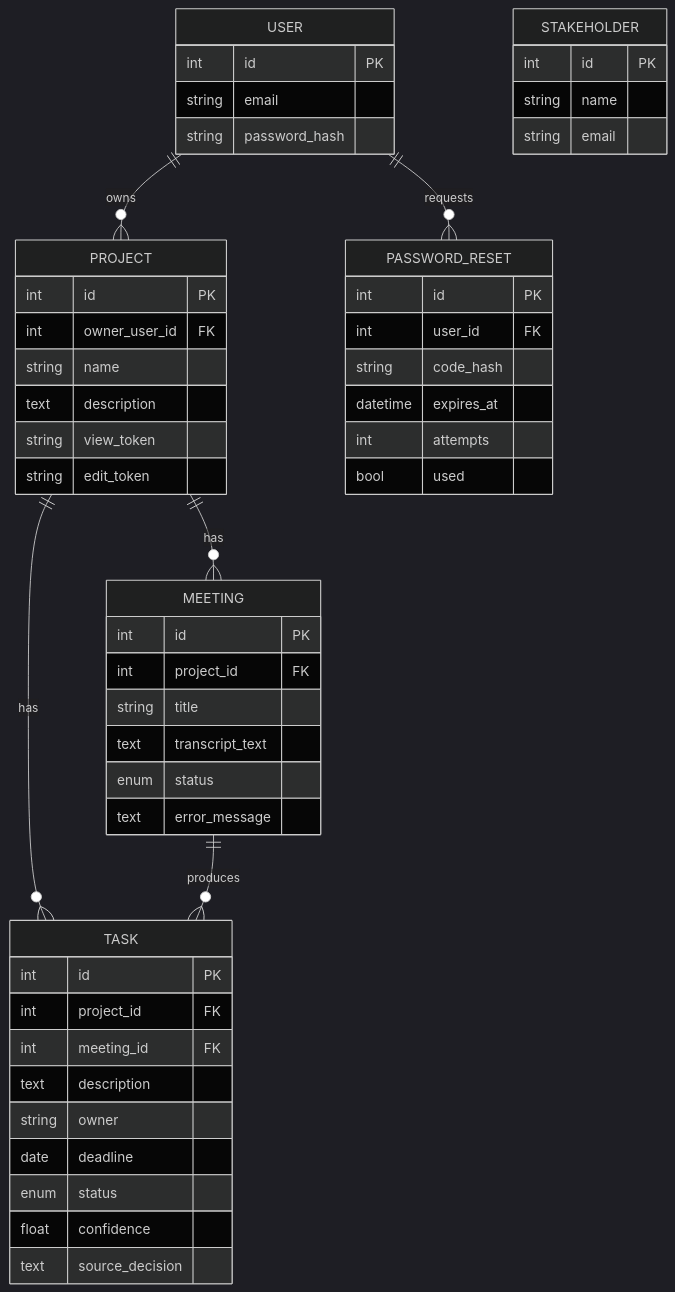
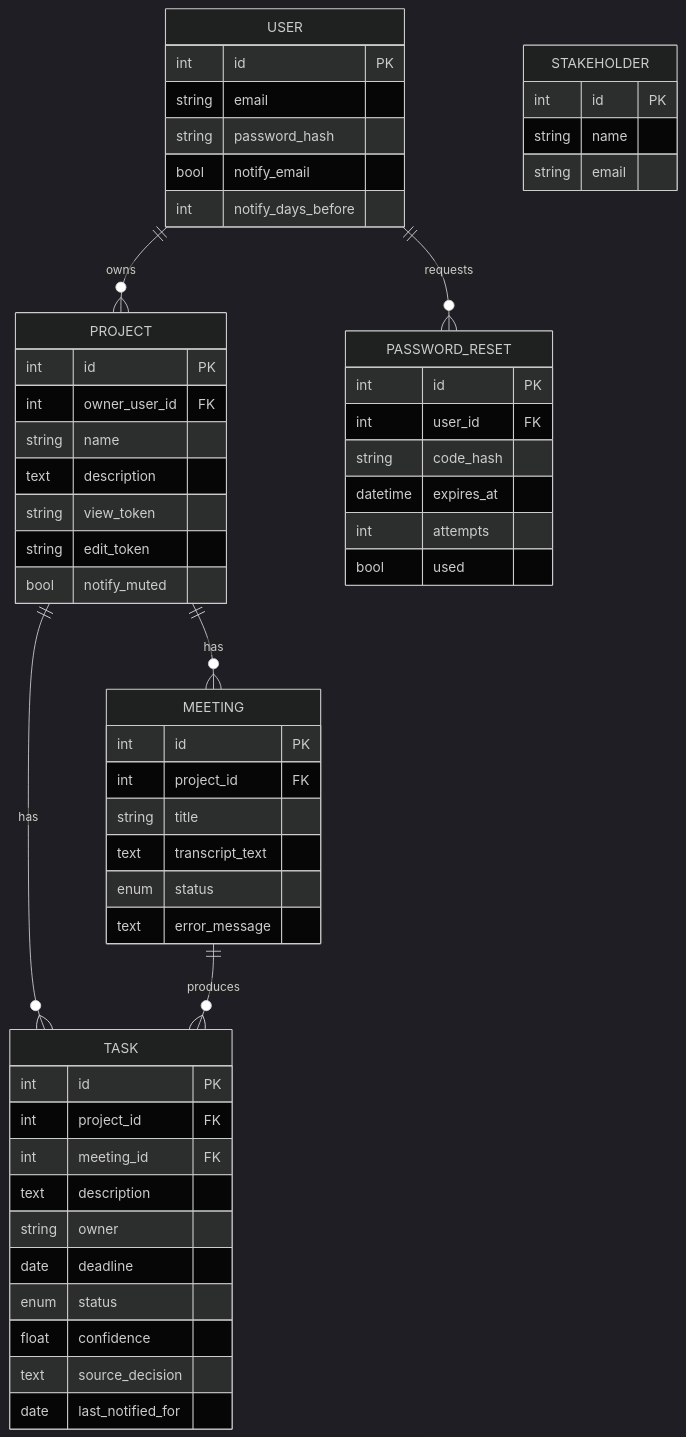
The second of 2 diagrams in docs/architecture.md (chinliong/meeting-orchestrator), drawn with Mermaid (dark theme) before and after one commit. The commit also changed other lines of this file and 16 other files, not shown here.

````diff
--- a/docs/architecture.md
+++ b/docs/architecture.md
@@ -109,53 +133,57 @@
 ```mermaid
 erDiagram
     USER ||--o{ PROJECT : owns
     USER ||--o{ PASSWORD_RESET : requests
     PROJECT ||--o{ MEETING : has
     PROJECT ||--o{ TASK : has
     MEETING ||--o{ TASK : produces
     USER {
         int id PK
         string email
         string password_hash
+        bool notify_email
+        int notify_days_before
     }
     PASSWORD_RESET {
         int id PK
         int user_id FK
         string code_hash
         datetime expires_at
         int attempts
         bool used
     }
     PROJECT {
         int id PK
         int owner_user_id FK
         string name
         text description
         string view_token
         string edit_token
+        bool notify_muted
     }
     MEETING {
         int id PK
         int project_id FK
         string title
         text transcript_text
         enum status
         text error_message
     }
     TASK {
         int id PK
         int project_id FK
         int meeting_id FK
         text description
         string owner
         date deadline
         enum status
         float confidence
         text source_decision
+        date last_notified_for
     }
     STAKEHOLDER {
         int id PK
         string name
         string email
     }
 ```
````
